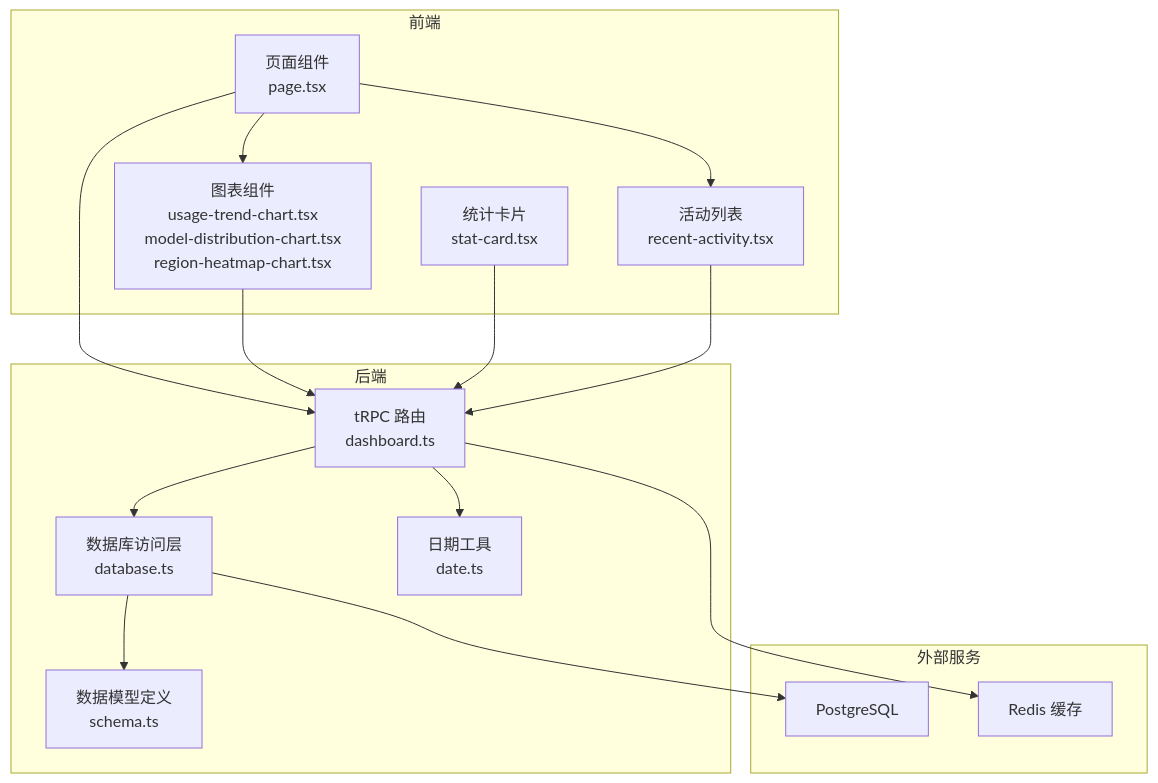
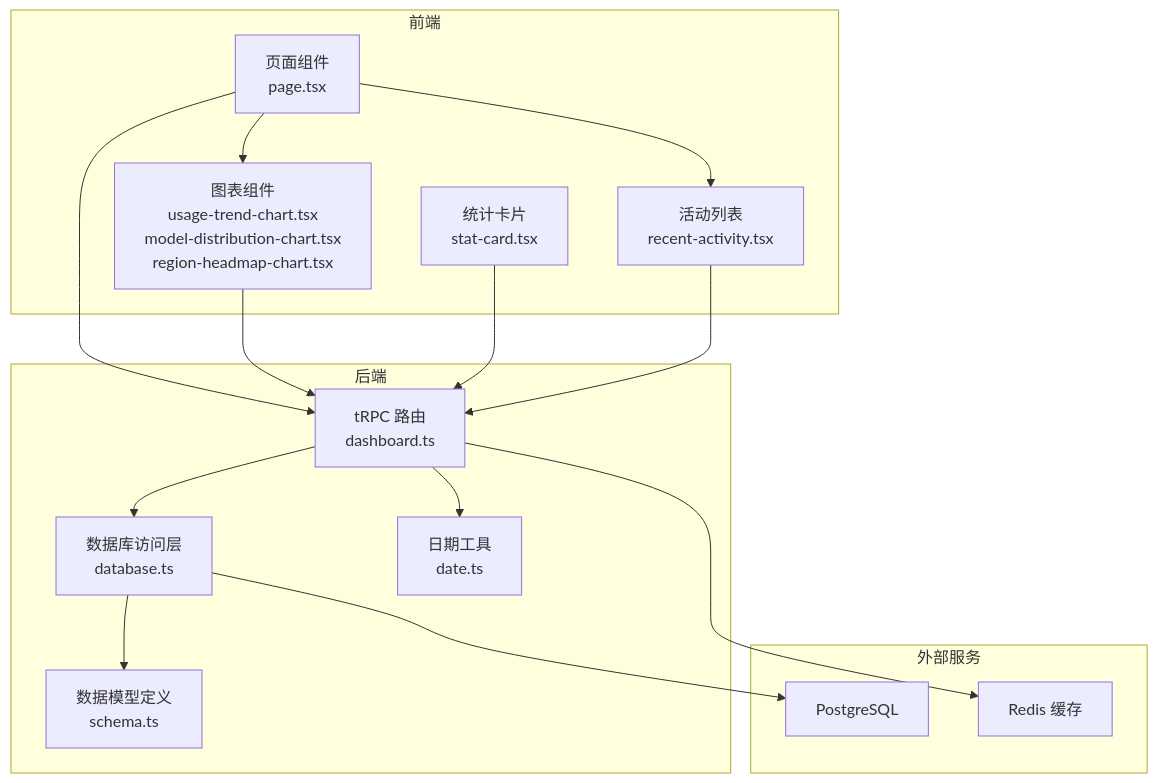
One commit to RadiumAg/AIGate changed the first of 5 diagrams in .qoder/repowiki/zh/content/监控与分析/分析数据模型.md. Above: the diagram before and after it, drawn with Mermaid. The commit also changed other lines of this file and 21 other files, not shown here.

````diff
--- a/.qoder/repowiki/zh/content/监控与分析/分析数据模型.md
+++ b/.qoder/repowiki/zh/content/监控与分析/分析数据模型.md
@@ -37,30 +50,30 @@
 ```mermaid
 graph TB
 subgraph "前端"
 UI["页面组件<br/>page.tsx"]
 Cards["统计卡片<br/>stat-card.tsx"]
-Charts["图表组件<br/>usage-trend-chart.tsx<br/>model-distribution-chart.tsx<br/>region-heatmap-chart.tsx"]
+Charts["图表组件<br/>usage-trend-chart.tsx<br/>model-distribution-chart.tsx<br/>region-headmap-chart.tsx"]
 Activity["活动列表<br/>recent-activity.tsx"]
 end
 subgraph "后端"
 TRPC["tRPC 路由<br/>dashboard.ts"]
 DB["数据库访问层<br/>database.ts"]
 Schema["数据模型定义<br/>schema.ts"]
 DateUtil["日期工具<br/>date.ts"]
 end
 subgraph "外部服务"
 Postgres["PostgreSQL"]
 Redis["Redis 缓存"]
 end
 UI --> TRPC
 UI --> Charts
 UI --> Activity
 Charts --> TRPC
 Cards --> TRPC
 Activity --> TRPC
 TRPC --> DB
 DB --> Schema
 DB --> Postgres
 TRPC --> DateUtil
 TRPC --> Redis
 ```
````
